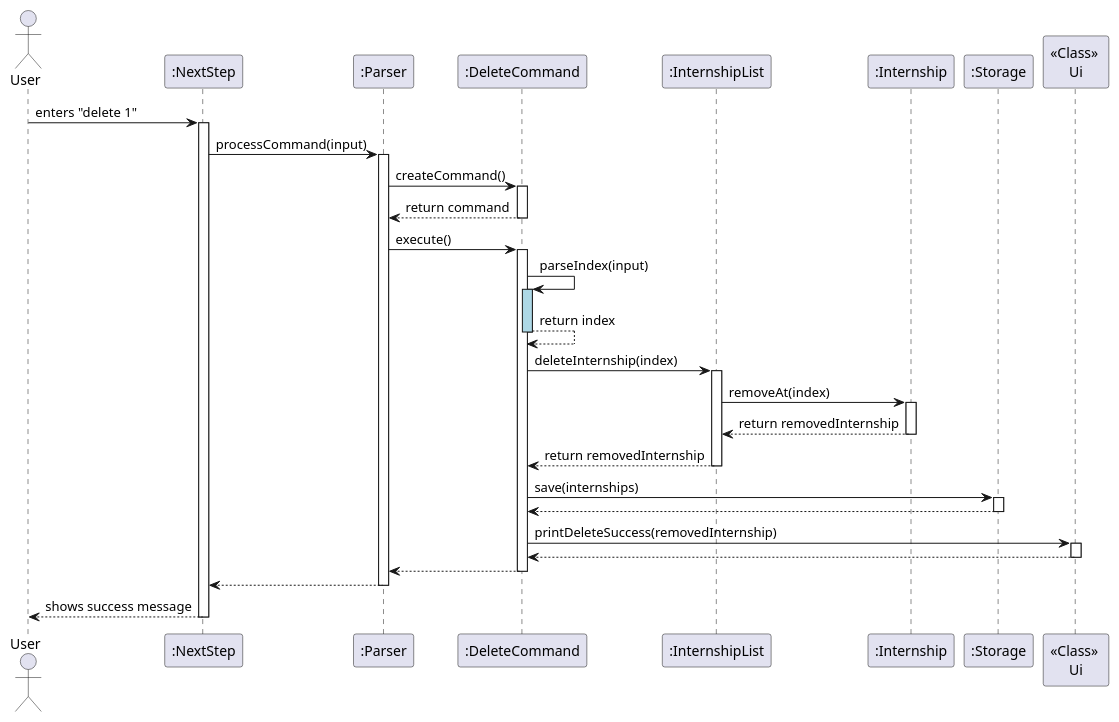
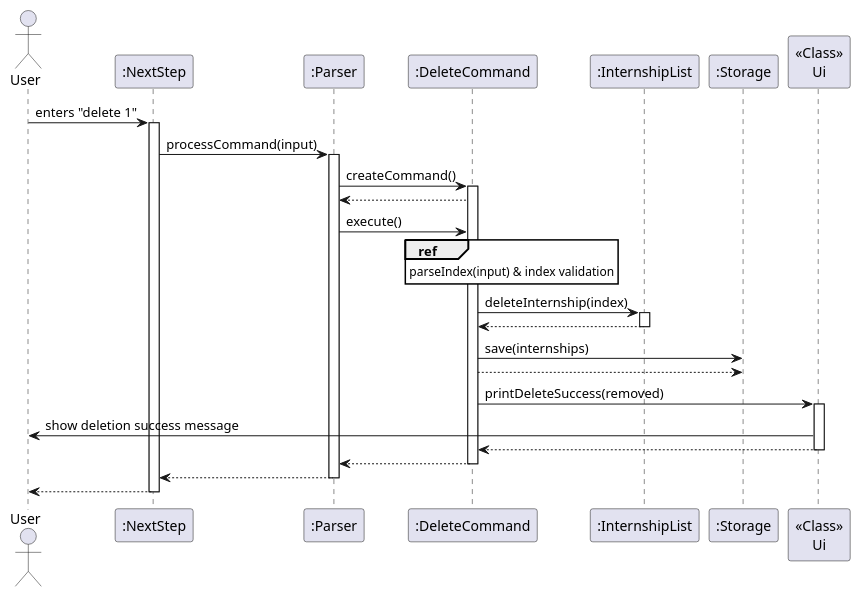
Before and after one commit to xyanjun02/tp: the diagram in docs/diagrams/deleteCommandSequence.puml, drawn with PlantUML. The commit also changed 7 other files, not shown here.

Commit message:
updated delete command sequence diagram, user guide and formatting of image in developers guide

```diff
--- a/docs/diagrams/deleteCommandSequence.puml
+++ b/docs/diagrams/deleteCommandSequence.puml
@@ -1,59 +1,52 @@
 @startuml
-'https://plantuml.com/sequence-diagram
-
 actor User
 participant ":NextStep" as NextStep
 participant ":Parser" as Parser
 participant ":DeleteCommand" as DeleteCommand
 participant ":InternshipList" as InternshipList
-participant ":Internship" as Internship
 participant ":Storage" as Storage
-participant "<<Class>> \nUi" as Ui
+participant "<<Class>>\nUi" as Ui
+skinparam sequenceReferenceBackgroundColor white
 
 User -> NextStep : enters "delete 1"
 activate NextStep
 
 NextStep -> Parser : processCommand(input)
 activate Parser
 
+' Create the DeleteCommand and keep one activation bar for it
 Parser -> DeleteCommand : createCommand()
 activate DeleteCommand
-DeleteCommand --> Parser : return command
-deactivate DeleteCommand
+DeleteCommand --> Parser
 
+' Continue execution on the same activation bar
 Parser -> DeleteCommand : execute()
-activate DeleteCommand
+' (No additional activate call here; DeleteCommand remains active)
 
-DeleteCommand -> DeleteCommand : parseIndex(input)
-activate DeleteCommand #lightblue
-DeleteCommand --> DeleteCommand : return index
-deactivate DeleteCommand
+ref over DeleteCommand
+  parseIndex(input) & index validation
+end ref
 
 DeleteCommand -> InternshipList : deleteInternship(index)
 activate InternshipList
-InternshipList -> Internship : removeAt(index)
-activate Internship
-Internship --> InternshipList : return removedInternship
-deactivate Internship
-InternshipList --> DeleteCommand : return removedInternship
+InternshipList --> DeleteCommand
 deactivate InternshipList
 
 DeleteCommand -> Storage : save(internships)
-activate Storage
-Storage --> DeleteCommand
-deactivate Storage
+DeleteCommand --> Storage
 
-DeleteCommand -> Ui : printDeleteSuccess(removedInternship)
+DeleteCommand -> Ui : printDeleteSuccess(removed)
 activate Ui
+Ui -> User : show deletion success message
 Ui --> DeleteCommand
 deactivate Ui
 
 DeleteCommand --> Parser
 deactivate DeleteCommand
 
 Parser --> NextStep
 deactivate Parser
 
-NextStep --> User : shows success message
+NextStep --> User
 deactivate NextStep
 @enduml
```
